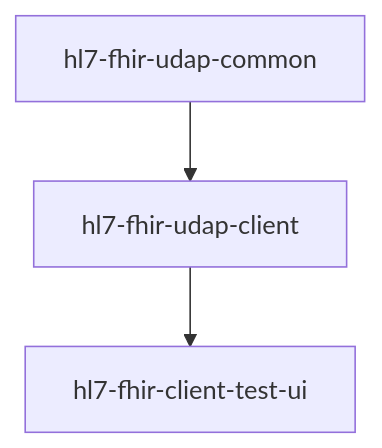
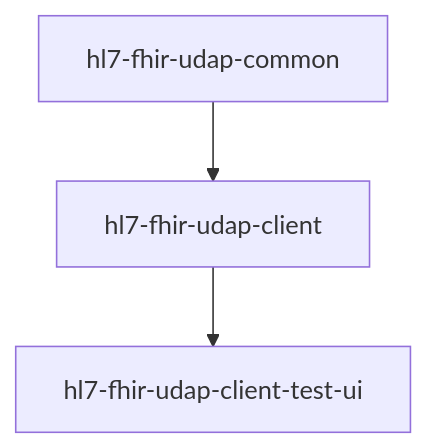
Before and after one commit to Evernorth/hl7-fhir-udap-docs: the first of 2 diagrams in README.md, drawn with Mermaid.

Commit message:
missing -udap

````diff
--- a/README.md
+++ b/README.md
@@ -45,5 +45,5 @@
 ```mermaid
     graph TD;
     hl7-fhir-udap-common-->hl7-fhir-udap-client;
-    hl7-fhir-udap-client-->hl7-fhir-client-test-ui;
+    hl7-fhir-udap-client-->hl7-fhir-udap-client-test-ui;
 ```
````
